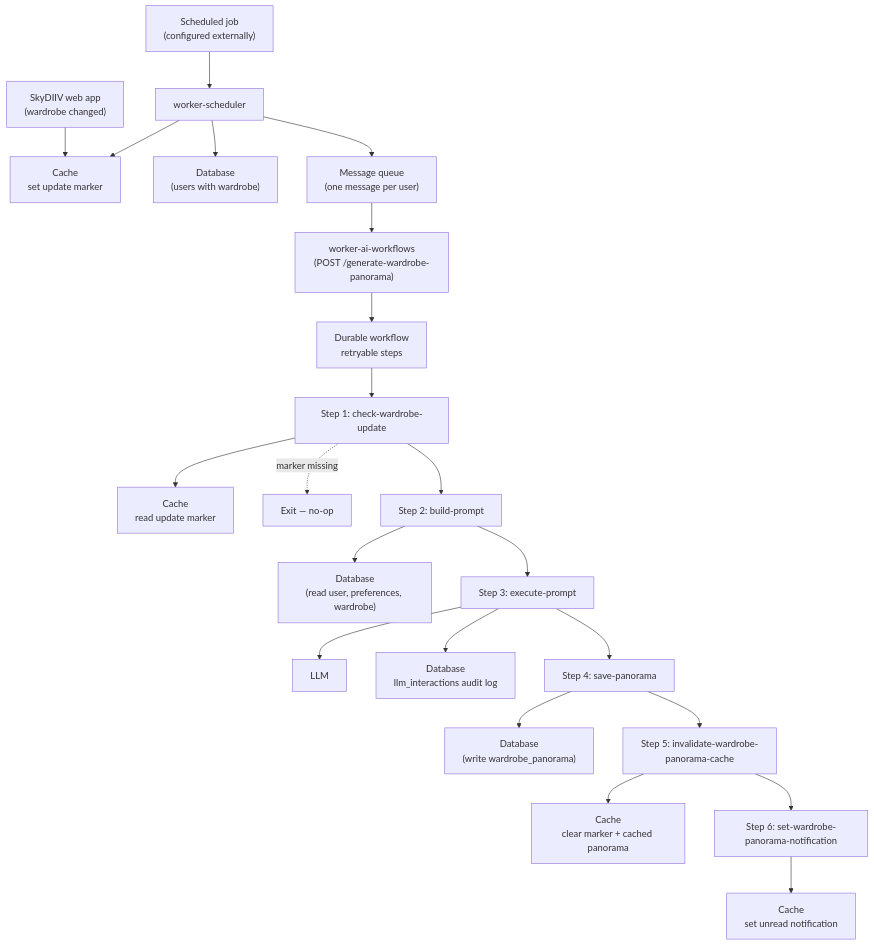
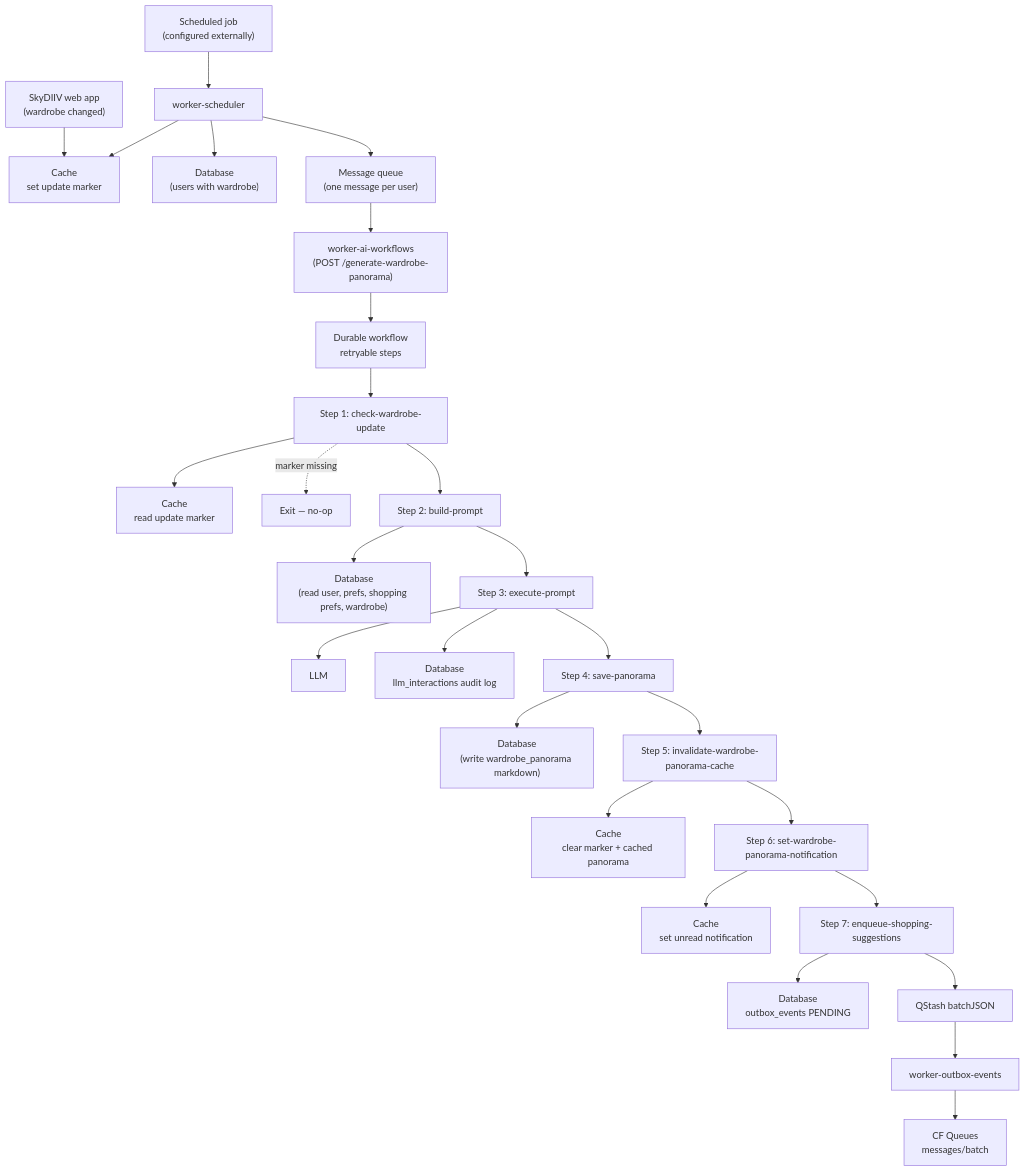
Before and after one commit to emmanuelviniciusdev/SkyDIIV--backstage: the first of 4 diagrams in apps/worker-ai-workflows/docs/WARDROBE_PANORAMA_WORKFLOW.md, drawn with Mermaid. The commit also changed other lines of this file and 26 other files, not shown here.

Commit message:
feat(worker-ai-workflows): enqueue shopping scrape suggestions after wardrobe panorama

````diff
--- a/apps/worker-ai-workflows/docs/WARDROBE_PANORAMA_WORKFLOW.md
+++ b/apps/worker-ai-workflows/docs/WARDROBE_PANORAMA_WORKFLOW.md
@@ -27,39 +28,45 @@
 ```mermaid
 graph TD
     WEB["SkyDIIV web app\n(wardrobe changed)"]
     CACHE0["Cache\nset update marker"]
     CRON["Scheduled job\n(configured externally)"]
     SCHED["worker-scheduler"]
     DB0["Database\n(users with wardrobe)"]
     MQ["Message queue\n(one message per user)"]
     WORKER["worker-ai-workflows\n(POST /generate-wardrobe-panorama)"]
     WF["Durable workflow\nretryable steps"]
 
     WEB --> CACHE0
     CRON --> SCHED
     SCHED --> DB0
     SCHED --> CACHE0
     SCHED --> MQ
     MQ --> WORKER
     WORKER --> WF
 
     WF --> S1["Step 1: check-wardrobe-update"]
     S1 --> CACHE1["Cache\nread update marker"]
     S1 -.->|marker missing| SKIP["Exit — no-op"]
 
     S1 --> S2["Step 2: build-prompt"]
-    S2 --> DB1["Database\n(read user, preferences, wardrobe)"]
+    S2 --> DB1["Database\n(read user, prefs, shopping prefs, wardrobe)"]
 
     S2 --> S3["Step 3: execute-prompt"]
     S3 --> LLM["LLM"]
     S3 --> LLMLOG["Database\nllm_interactions audit log"]
 
     S3 --> S4["Step 4: save-panorama"]
-    S4 --> DB2["Database\n(write wardrobe_panorama)"]
+    S4 --> DB2["Database\n(write wardrobe_panorama markdown)"]
 
     S4 --> S5["Step 5: invalidate-wardrobe-panorama-cache"]
     S5 --> CACHE2["Cache\nclear marker + cached panorama"]
 
     S5 --> S6["Step 6: set-wardrobe-panorama-notification"]
     S6 --> CACHE3["Cache\nset unread notification"]
+
+    S6 --> S7["Step 7: enqueue-shopping-suggestions"]
+    S7 --> DB3["Database\noutbox_events PENDING"]
+    S7 --> QS["QStash batchJSON"]
+    QS --> OUTBOX["worker-outbox-events"]
+    OUTBOX --> CF["CF Queues\nmessages/batch"]
 ```
````
